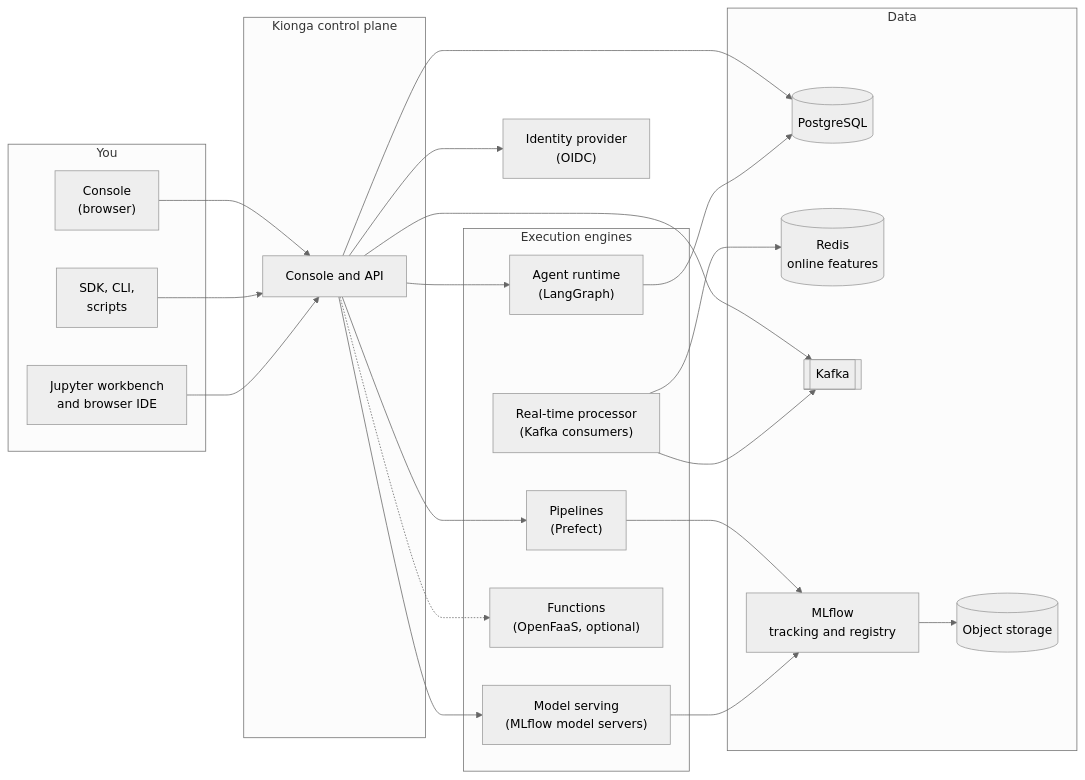
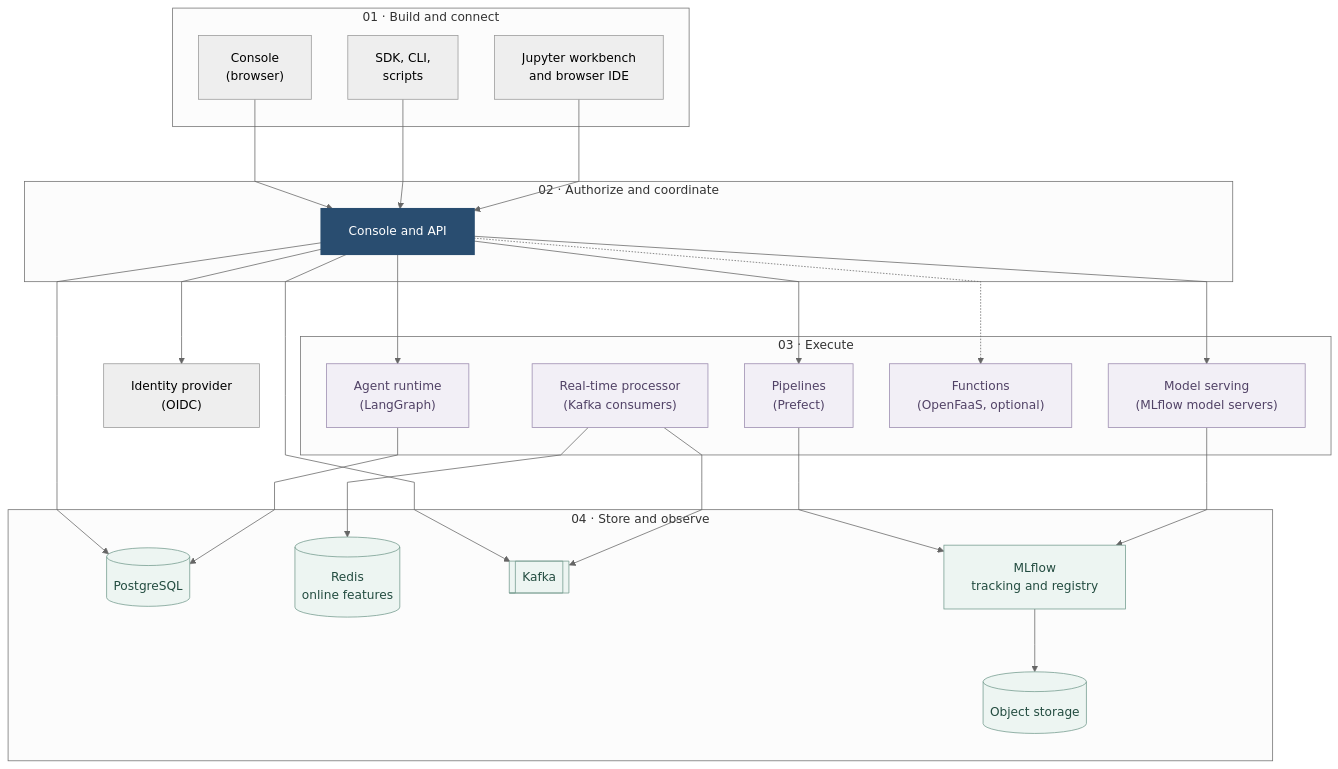
Before and after one commit to kiongahq/docs: the diagram in docs/concepts/how-it-works.md, drawn with Mermaid (neutral theme). The commit also changed 5 other files, not shown here.

Commit message:
docs: improve Mermaid diagram hierarchy and readability

````diff
--- a/docs/concepts/how-it-works.md
+++ b/docs/concepts/how-it-works.md
@@ -17,47 +17,60 @@
 ```mermaid
-flowchart LR
-    subgraph clients["You"]
+---
+config: {"flowchart":{"nodeSpacing":48,"rankSpacing":72,"padding":18,"curve":"linear","useMaxWidth":false},"sequence":{"actorMargin":56,"messageMargin":40,"boxMargin":16,"noteMargin":16,"mirrorActors":false,"useMaxWidth":false,"wrap":true,"width":180,"messageFontSize":15,"noteFontSize":14}}
+---
+flowchart TB
+    accTitle: How Kionga works
+    accDescr: System components grouped by responsibility; arrows show their dependencies.
+    subgraph clients["01 · Build and connect"]
         console["Console<br/>(browser)"]
         code["SDK, CLI,<br/>scripts"]
         ws["Jupyter workbench<br/>and browser IDE"]
     end
 
-    subgraph kionga["Kionga control plane"]
+    subgraph kionga["02 · Authorize and coordinate"]
         api["Console and API"]
     end
 
-    subgraph engines["Execution engines"]
+    subgraph engines["03 · Execute"]
         prefect["Pipelines<br/>(Prefect)"]
         serving["Model serving<br/>(MLflow model servers)"]
         agents["Agent runtime<br/>(LangGraph)"]
         functions["Functions<br/>(OpenFaaS, optional)"]
         stream["Real-time processor<br/>(Kafka consumers)"]
     end
 
-    subgraph data["Data"]
+    subgraph data["04 · Store and observe"]
         pg[("PostgreSQL")]
         obj[("Object storage")]
         redis[("Redis<br/>online features")]
         kafka[["Kafka"]]
         mlflow["MLflow<br/>tracking and registry"]
     end
 
     idp["Identity provider<br/>(OIDC)"]
 
     console --> api
     code --> api
     ws --> api
     api --> idp
     api --> prefect
     api --> serving
     api --> agents
     api -.-> functions
     api --> pg
     api --> kafka
     prefect --> mlflow
     serving --> mlflow
     agents --> pg
     stream --> kafka
     stream --> redis
     mlflow --> obj
+    class api core
+    class kafka,mlflow,obj,pg,redis data
+    class agents,functions,prefect,serving,stream runtime
+
+    classDef core fill:#294d70,stroke:#294d70,color:#ffffff,stroke-width:2px
+    classDef data fill:#edf5f2,stroke:#739b8e,color:#234c40
+    classDef runtime fill:#f2eff6,stroke:#9a8aae,color:#514266
+    classDef external fill:#f5f7fa,stroke:#94a3b8,color:#334155,stroke-dasharray:4 3
 ```
````
